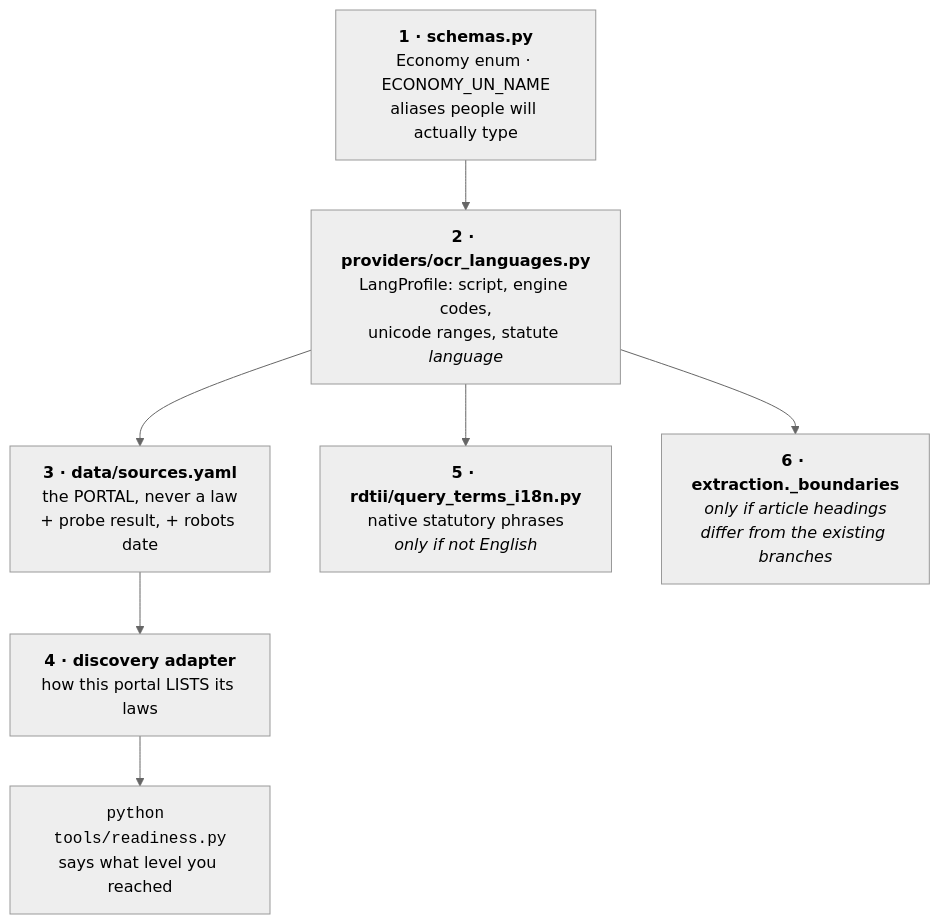
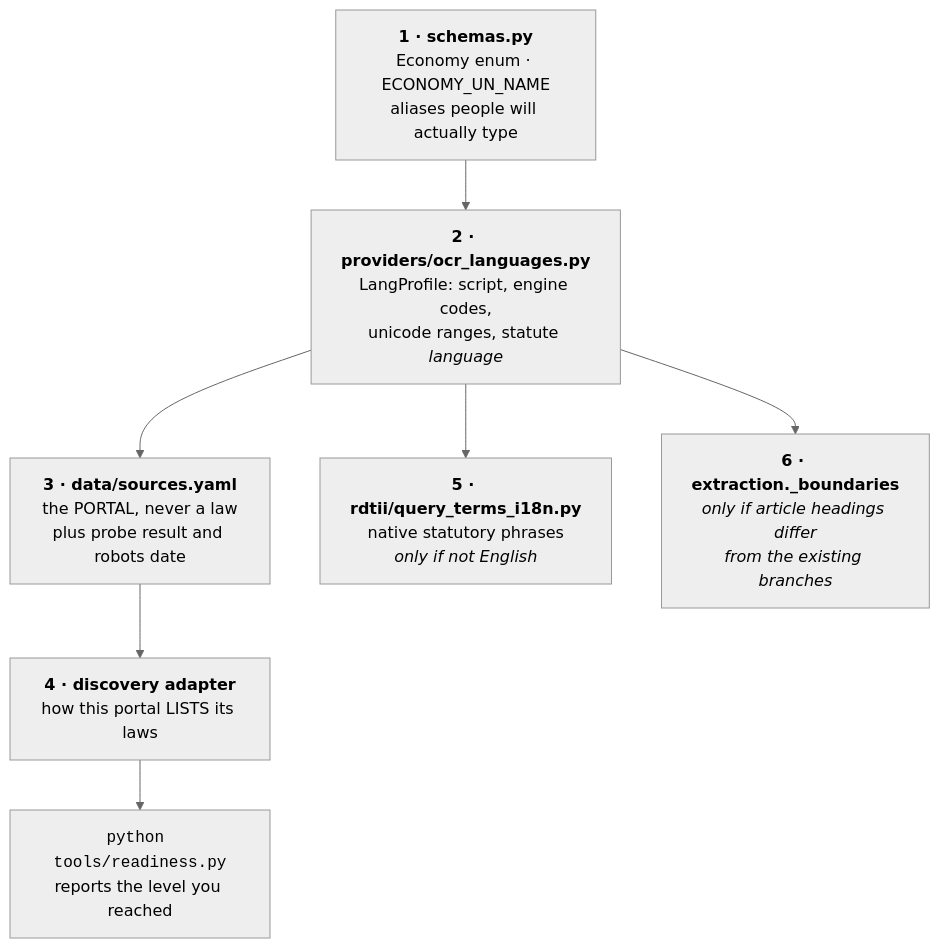
One commit to ftulabs/law-v2.0 changed the third of 5 diagrams in docs/ARCHITECTURE.md. Above: the diagram before and after it, drawn with Mermaid (neutral theme). The commit also changed other lines of this file and 1 other file, not shown here.

First line of the commit message:
fix(docs): restore ARCHITECTURE.md, which the previous commit destroyed

````diff
--- a/docs/ARCHITECTURE.md
+++ b/docs/ARCHITECTURE.md
@@ -105,13 +105,13 @@
 ```mermaid
 flowchart TB
     A["<b>1 · schemas.py</b><br/>Economy enum · ECONOMY_UN_NAME<br/>aliases people will actually type"]
     B["<b>2 · providers/ocr_languages.py</b><br/>LangProfile: script, engine codes,<br/>unicode ranges, statute <i>language</i>"]
-    C["<b>3 · data/sources.yaml</b><br/>the PORTAL, never a law<br/>+ probe result, + robots date"]
+    C["<b>3 · data/sources.yaml</b><br/>the PORTAL, never a law<br/>plus probe result and robots date"]
     D["<b>4 · discovery adapter</b><br/>how this portal LISTS its laws"]
     E["<b>5 · rdtii/query_terms_i18n.py</b><br/>native statutory phrases<br/><i>only if not English</i>"]
-    F["<b>6 · extraction._boundaries</b><br/><i>only if article headings<br/>differ from the existing branches</i>"]
+    F["<b>6 · extraction._boundaries</b><br/><i>only if article headings differ<br/>from the existing branches</i>"]
     A --> B --> C --> D
     B --> E
     B --> F
-    D --> V["<code>python tools/readiness.py</code><br/>says what level you reached"]
+    D --> V["<code>python tools/readiness.py</code><br/>reports the level you reached"]
 ```
````
